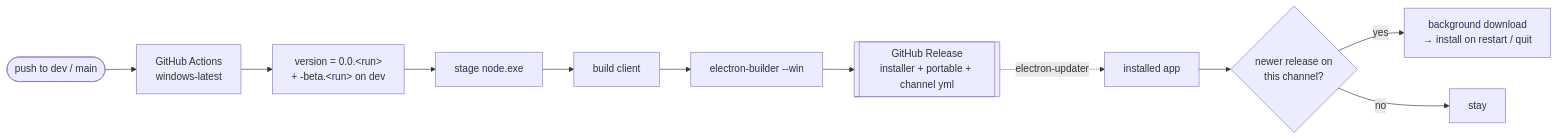
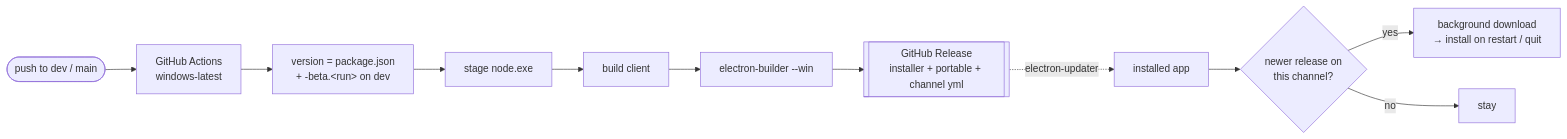
One commit to CodeByKeegan/splat-studio changed the third of 5 diagrams in docs/AUTOMATION.md. Above: the diagram before and after it, drawn with Mermaid. The commit also changed other lines of this file and 14 other files, not shown here.

First line of the commit message:
docs: architecture page + release versioning targets 0.1.0

````diff
--- a/docs/AUTOMATION.md
+++ b/docs/AUTOMATION.md
@@ -98,11 +101,11 @@
 ```mermaid
 flowchart LR
     PUSH([push to dev / main]) --> CI[GitHub Actions<br/>windows-latest]
-    CI --> V[version = 0.0.&lt;run&gt;<br/>+ -beta.&lt;run&gt; on dev]
+    CI --> V[version = package.json<br/>+ -beta.&lt;run&gt; on dev]
     V --> FN[stage node.exe] --> B[build client] --> EB[electron-builder --win]
     EB --> REL[[GitHub Release<br/>installer + portable + channel yml]]
     REL -. electron-updater .-> APP[installed app]
     APP --> CHK{newer release on<br/>this channel?}
     CHK -- yes --> DL[background download<br/>→ install on restart / quit]
     CHK -- no --> OK[stay]
 ```
````
